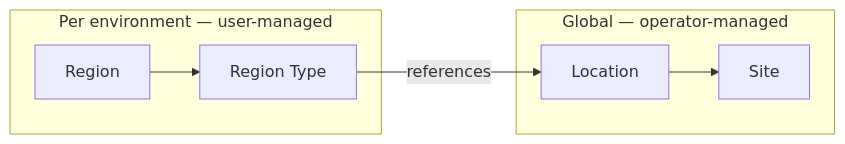
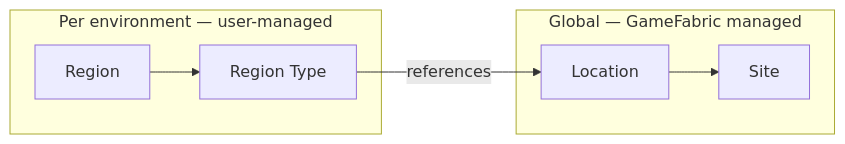
The diagram in src/multiplayer-servers/architecture/regions-sites-and-locations.md (GameFabric/docs), drawn with Mermaid before and after one commit. The commit also changed other lines of this file, not shown here.

````diff
--- a/src/multiplayer-servers/architecture/regions-sites-and-locations.md
+++ b/src/multiplayer-servers/architecture/regions-sites-and-locations.md
@@ -6,10 +6,10 @@
 ```mermaid
 flowchart LR
-    subgraph global["Global — operator-managed"]
+    subgraph global["Global — GameFabric managed"]
         L[Location] --> S[Site]
     end
     subgraph env["Per environment — user-managed"]
         R[Region] --> RT[Region Type]
     end
     RT -- references --> L
 ```
````
